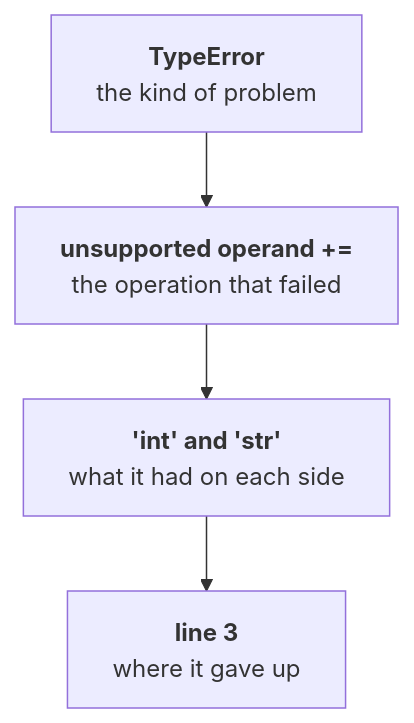
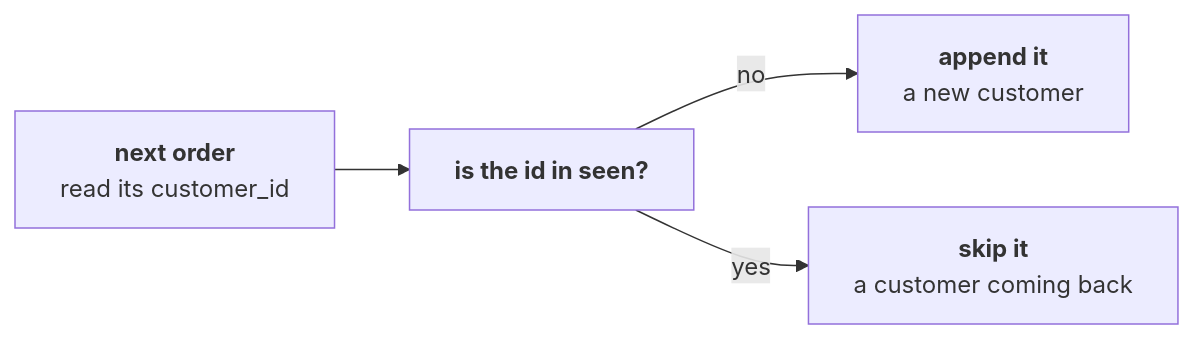
One commit to fde-academy-lab/c2-content-factory changed the second of 7 diagrams in content/W01/D1/slides/C2_W01_D01_half2_STUDENT.md. Above: the diagram before and after it, drawn with Mermaid. The commit also changed other lines of this file and 3 other files, not shown here.

````diff
--- a/content/W01/D1/slides/C2_W01_D01_half2_STUDENT.md
+++ b/content/W01/D1/slides/C2_W01_D01_half2_STUDENT.md
@@ -88,6 +59,6 @@
 ```mermaid
-flowchart TB
-    A["<b>TypeError</b><br/>the kind of problem"] --> B["<b>unsupported operand +=</b><br/>the operation that failed"]
-    B --> C["<b>'int' and 'str'</b><br/>what it had on each side"]
-    C --> D["<b>line 3</b><br/>where it gave up"]
+flowchart LR
+    O["<b>next order</b><br/>read its customer_id"] --> Q["<b>is the id in seen?</b>"]
+    Q -->|"no"| A["<b>append it</b><br/>a new customer"]
+    Q -->|"yes"| S["<b>skip it</b><br/>a customer coming back"]
 ```
````
